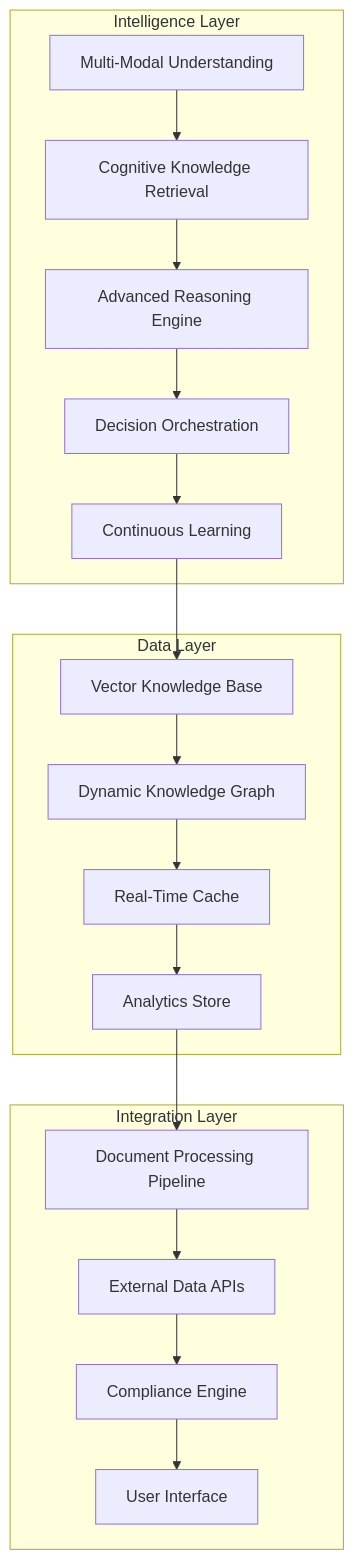
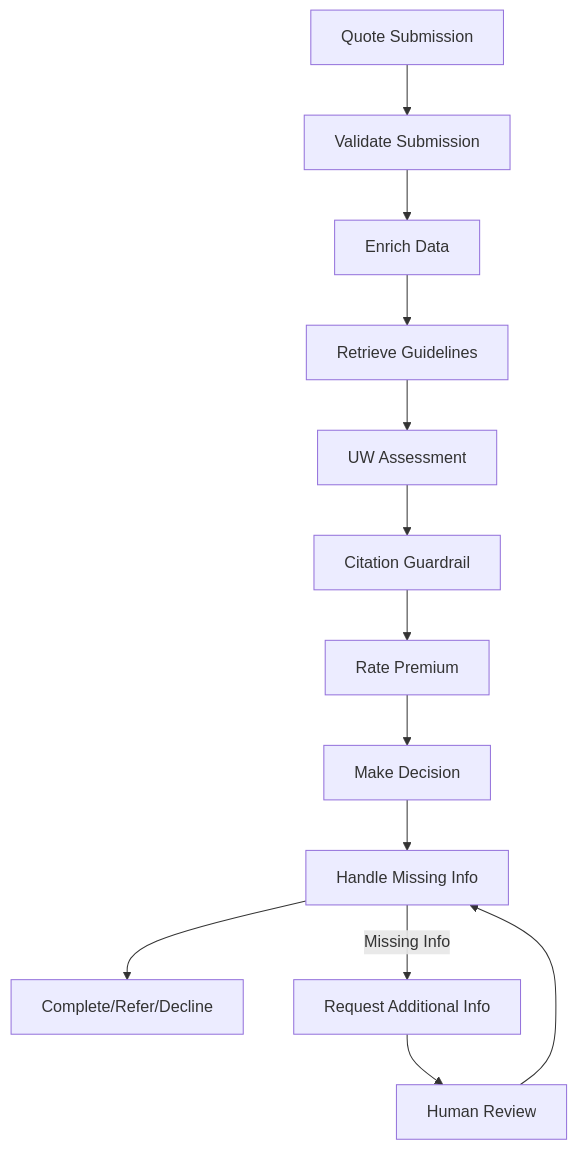
Before and after one commit to laknarayana9/AgenticQuote: the diagram in INTELLIGENT_SYSTEM_ARCHITECTURE.md, drawn with Mermaid. The commit also changed other lines of this file and 1 other file, not shown here.

````diff
--- a/INTELLIGENT_SYSTEM_ARCHITECTURE.md
+++ b/INTELLIGENT_SYSTEM_ARCHITECTURE.md
@@ -15,24 +22,16 @@
 ```mermaid
 graph TB
-    subgraph "Intelligence Layer"
-        A[Multi-Modal Understanding] --> B[Cognitive Knowledge Retrieval]
-        B --> C[Advanced Reasoning Engine]
-        C --> D[Decision Orchestration]
-        D --> E[Continuous Learning]
-    end
+    A[Quote Submission] --> B[Validate Submission]
+    B --> C[Enrich Data]
+    C --> D[Retrieve Guidelines]
+    D --> E[UW Assessment]
+    E --> F[Citation Guardrail]
+    F --> G[Rate Premium]
+    G --> H[Make Decision]
+    H --> I[Handle Missing Info]
+    I --> J[Complete/Refer/Decline]
     
-    subgraph "Data Layer"
-        F[Vector Knowledge Base] --> G[Dynamic Knowledge Graph]
-        G --> H[Real-Time Cache]
-        H --> I[Analytics Store]
-    end
-    
-    subgraph "Integration Layer"
-        J[Document Processing Pipeline] --> K[External Data APIs]
-        K --> L[Compliance Engine]
-        L --> M[User Interface]
-    end
-    
-    E --> F
-    I --> J
+    I -->|Missing Info| K[Request Additional Info]
+    K --> L[Human Review]
+    L --> I
 ```
````
